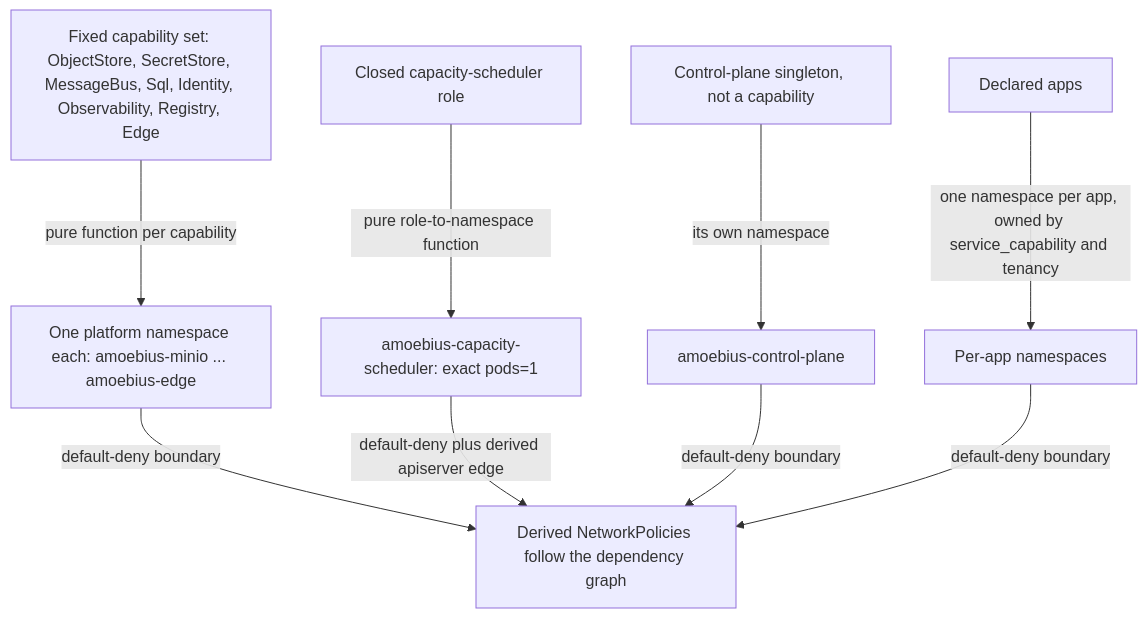
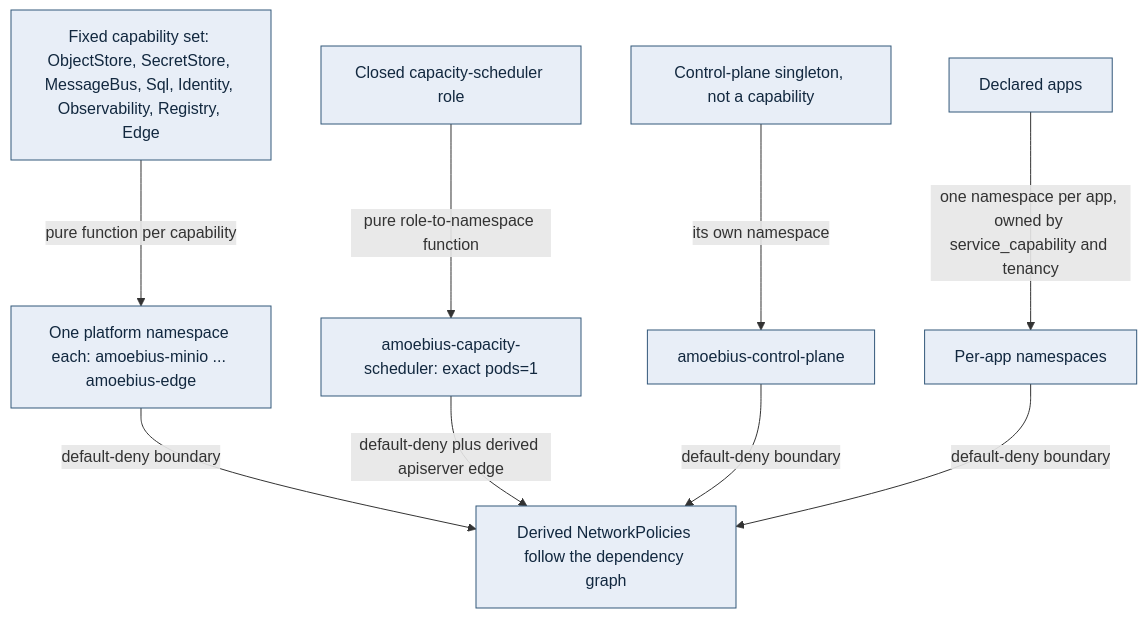
One commit to Tuee22/amoebius changed the diagram in documents/engineering/namespace_layout_doctrine.md. Above: the diagram before and after it, drawn with Mermaid. The commit also changed other lines of this file and 36 other files, not shown here.

````diff
--- a/documents/engineering/namespace_layout_doctrine.md
+++ b/documents/engineering/namespace_layout_doctrine.md
@@ -93,11 +95,12 @@
 ```mermaid
 flowchart TD
-  capset[Fixed capability set: ObjectStore, SecretStore, MessageBus, Sql, Identity, Observability, Registry, Edge] -->|pure function per capability| nsplat[One platform namespace each: amoebius-minio ... amoebius-edge]
-  schedrole[Closed capacity-scheduler role] -->|pure role-to-namespace function| nssched[amoebius-capacity-scheduler: exact pods=1]
-  singleton[Control-plane singleton, not a capability] -->|its own namespace| nscp[amoebius-control-plane]
-  appset[Declared apps] -->|one namespace per app, owned by service_capability and tenancy| nsapp[Per-app namespaces]
-  nsplat -->|default-deny boundary| policy[Derived NetworkPolicies follow the dependency graph]
+  capset["Fixed capability set: ObjectStore, SecretStore, MessageBus, Sql, Identity, Observability, Registry, Edge"]:::intent -->|pure function per capability| nsplat["One platform namespace each: amoebius-minio ... amoebius-edge"]:::intent
+  schedrole["Closed capacity-scheduler role"]:::intent -->|pure role-to-namespace function| nssched["amoebius-capacity-scheduler: exact pods=1"]:::intent
+  singleton["Control-plane singleton, not a capability"]:::intent -->|its own namespace| nscp["amoebius-control-plane"]:::intent
+  appset["Declared apps"]:::intent -->|one namespace per app, owned by service_capability and tenancy| nsapp["Per-app namespaces"]:::intent
+  nsplat -->|default-deny boundary| policy["Derived NetworkPolicies follow the dependency graph"]:::intent
   nssched -->|default-deny plus derived apiserver edge| policy
   nscp -->|default-deny boundary| policy
   nsapp -->|default-deny boundary| policy
+  classDef intent   fill:#e8eef7,stroke:#33587a,color:#12283f,stroke-width:1px
 ```
````
